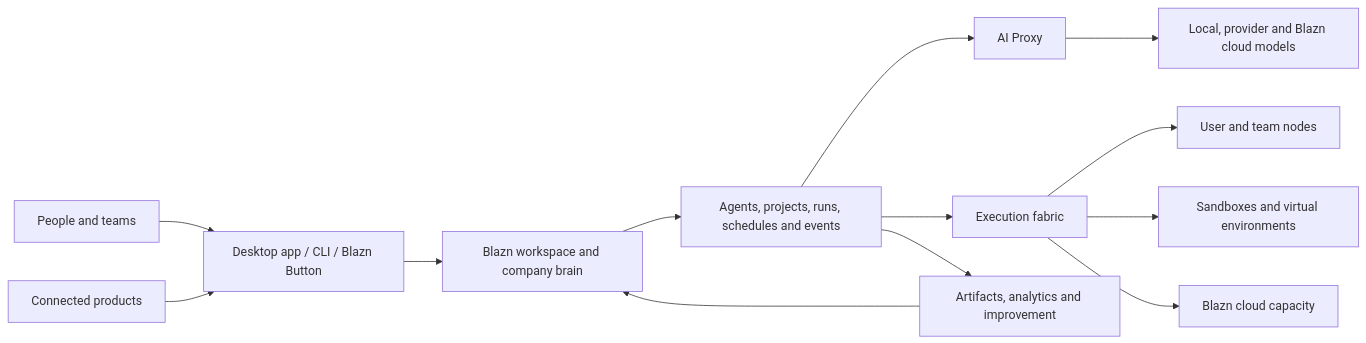
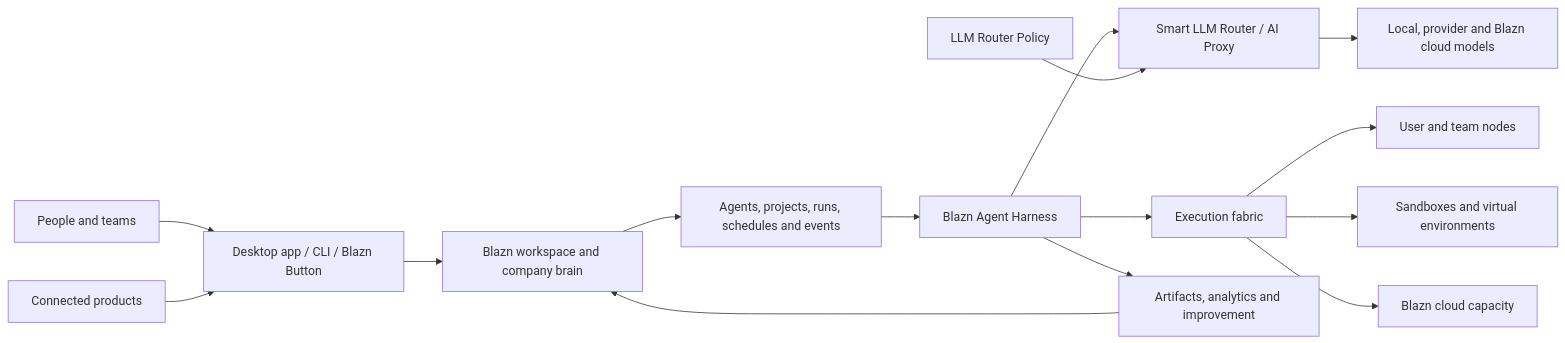
Before and after one commit to blazncloud/blazn: the diagram in docs/product-overview.md, drawn with Mermaid. The commit also changed other lines of this file, not shown here.

Commit message:
docs: define harness and LLM routing policy

````diff
--- a/docs/product-overview.md
+++ b/docs/product-overview.md
@@ -509,15 +790,17 @@
 ```mermaid
 flowchart LR
     People[People and teams] --> Clients[Desktop app / CLI / Blazn Button]
     Products[Connected products] --> Clients
     Clients --> Workspace[Blazn workspace and company brain]
     Workspace --> Orchestration[Agents, projects, runs, schedules and events]
-    Orchestration --> Proxy[AI Proxy]
-    Orchestration --> Execution[Execution fabric]
-    Proxy --> Models[Local, provider and Blazn cloud models]
+    Orchestration --> Harness[Blazn Agent Harness]
+    Harness --> Router[Smart LLM Router / AI Proxy]
+    Harness --> Execution[Execution fabric]
+    Policy[LLM Router Policy] --> Router
+    Router --> Models[Local, provider and Blazn cloud models]
     Execution --> Nodes[User and team nodes]
     Execution --> Sandboxes[Sandboxes and virtual environments]
     Execution --> Cloud[Blazn cloud capacity]
-    Orchestration --> Memory[Artifacts, analytics and improvement]
+    Harness --> Memory[Artifacts, analytics and improvement]
     Memory --> Workspace
 ```
````
